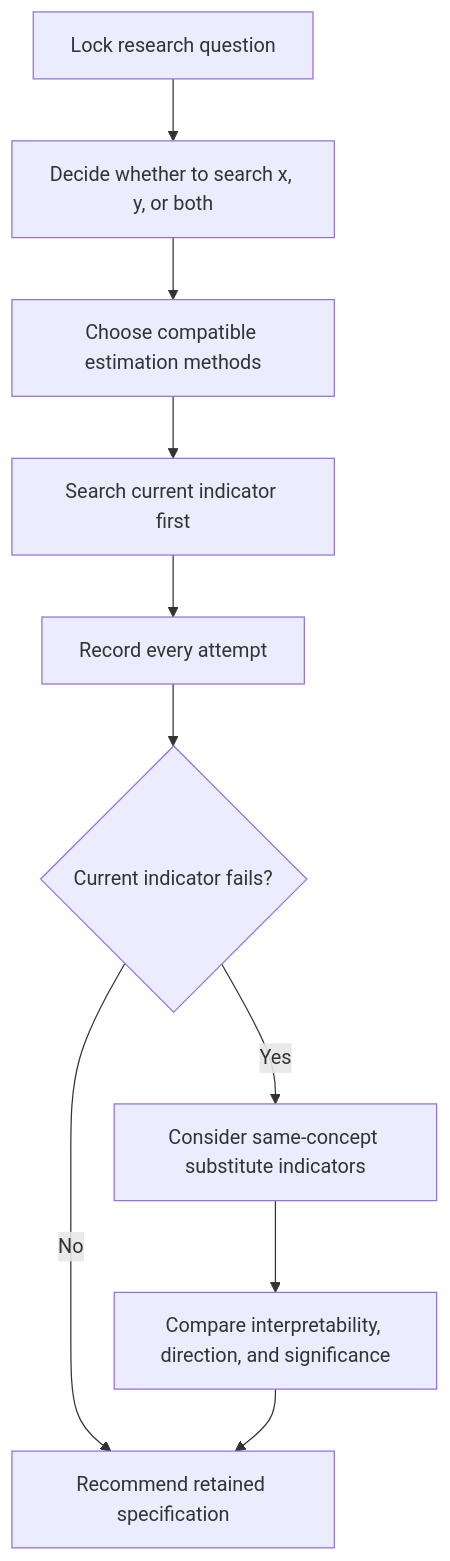
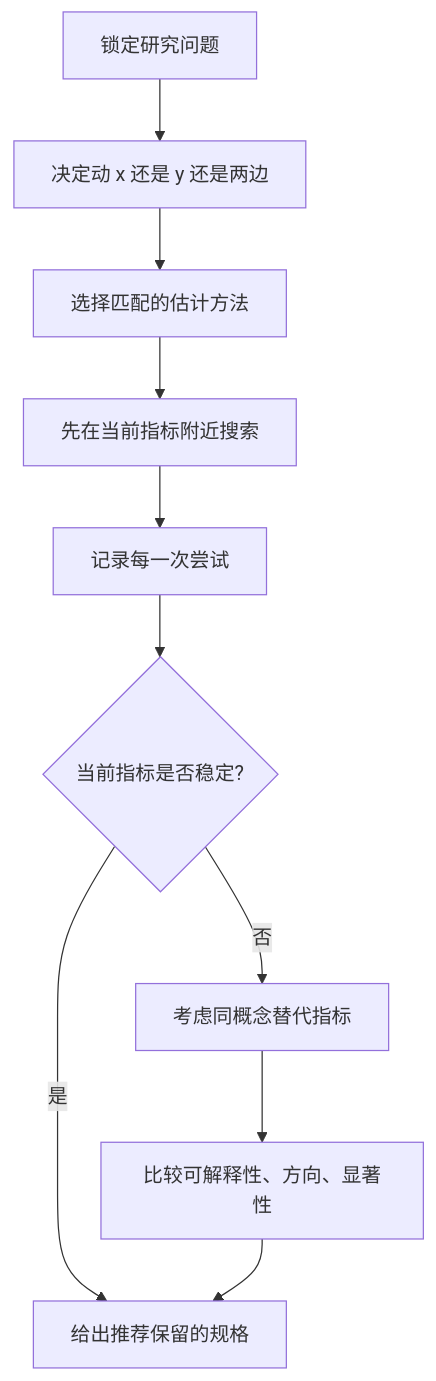
One commit to yichaoli921/xianzhu-skill changed the diagram in README.md. Above: the diagram before and after it, drawn with Mermaid. The commit also changed other lines of this file, not shown here.

````diff
--- a/README.md
+++ b/README.md
@@ -73,12 +95,12 @@
 ```mermaid
 flowchart TD
-    A[Lock research question] --> B[Decide whether to search x, y, or both]
-    B --> C[Choose compatible estimation methods]
-    C --> D[Search current indicator first]
-    D --> E[Record every attempt]
-    E --> F{Current indicator fails?}
-    F -- No --> G[Recommend retained specification]
-    F -- Yes --> H[Consider same-concept substitute indicators]
-    H --> I[Compare interpretability, direction, and significance]
+    A[锁定研究问题] --> B[决定动 x 还是 y 还是两边]
+    B --> C[选择匹配的估计方法]
+    C --> D[先在当前指标附近搜索]
+    D --> E[记录每一次尝试]
+    E --> F{当前指标是否稳定?}
+    F -- 是 --> G[给出推荐保留的规格]
+    F -- 否 --> H[考虑同概念替代指标]
+    H --> I[比较可解释性、方向、显著性]
     I --> G
 ```
````
